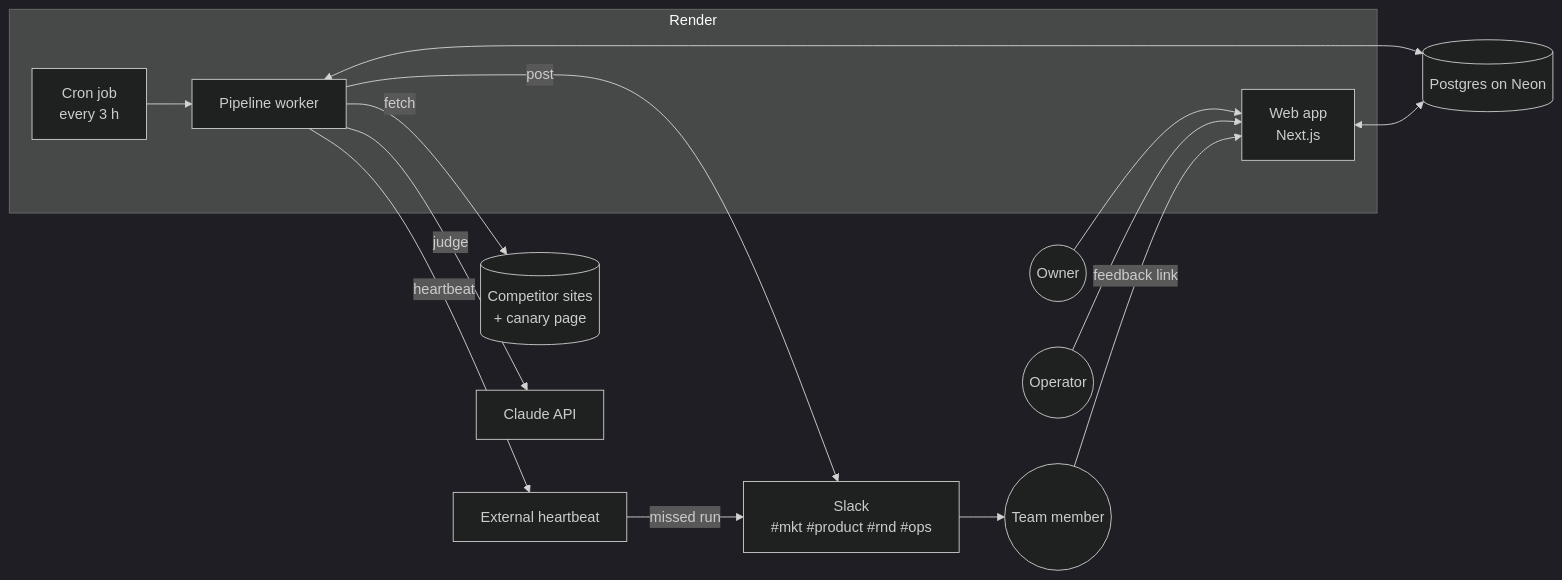
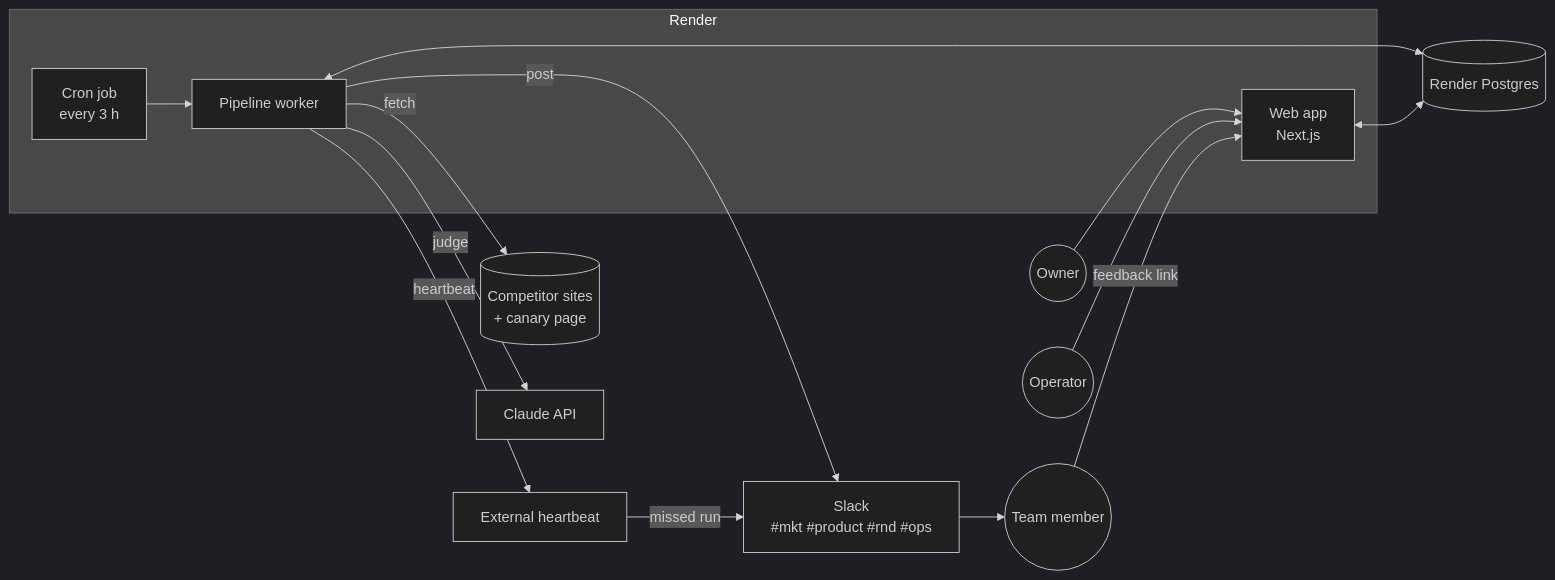
One commit to bermanguy/noma-competitor-monitor changed the first of 4 diagrams in docs/architecture.md. Above: the diagram before and after it, drawn with Mermaid (dark theme). The commit also changed other lines of this file and 24049 other files, not shown here.

First line of the commit message:
Record today's decisions: Render Postgres, confirmed choices, wider watched pages, first-check backfill, eval timing

````diff
--- a/docs/architecture.md
+++ b/docs/architecture.md
@@ -9,18 +9,18 @@
 ```mermaid
 flowchart LR
   subgraph Render
     CRON[Cron job<br/>every 3 h] --> W[Pipeline worker]
     WEB[Web app<br/>Next.js]
   end
   W -->|fetch| SITES[(Competitor sites<br/>+ canary page)]
   W -->|judge| CLAUDE[Claude API]
   W -->|post| SLACK[Slack<br/>#mkt #product #rnd #ops]
-  W <--> DB[(Postgres on Neon)]
+  W <--> DB[(Render Postgres)]
   WEB <--> DB
   OWNER((Owner)) --> WEB
   OPS((Operator)) --> WEB
   TEAM((Team member)) -->|feedback link| WEB
   SLACK --> TEAM
   W -->|heartbeat| HB[External heartbeat]
   HB -->|missed run| SLACK
 ```
````
